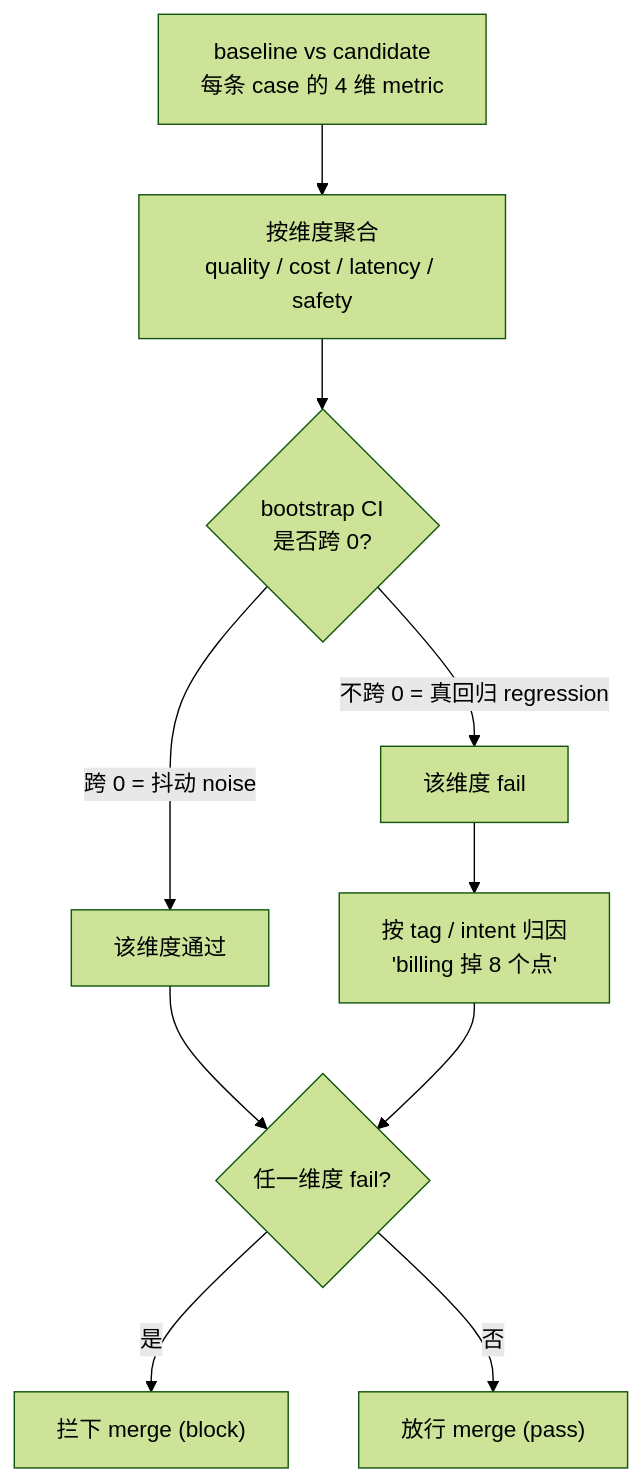
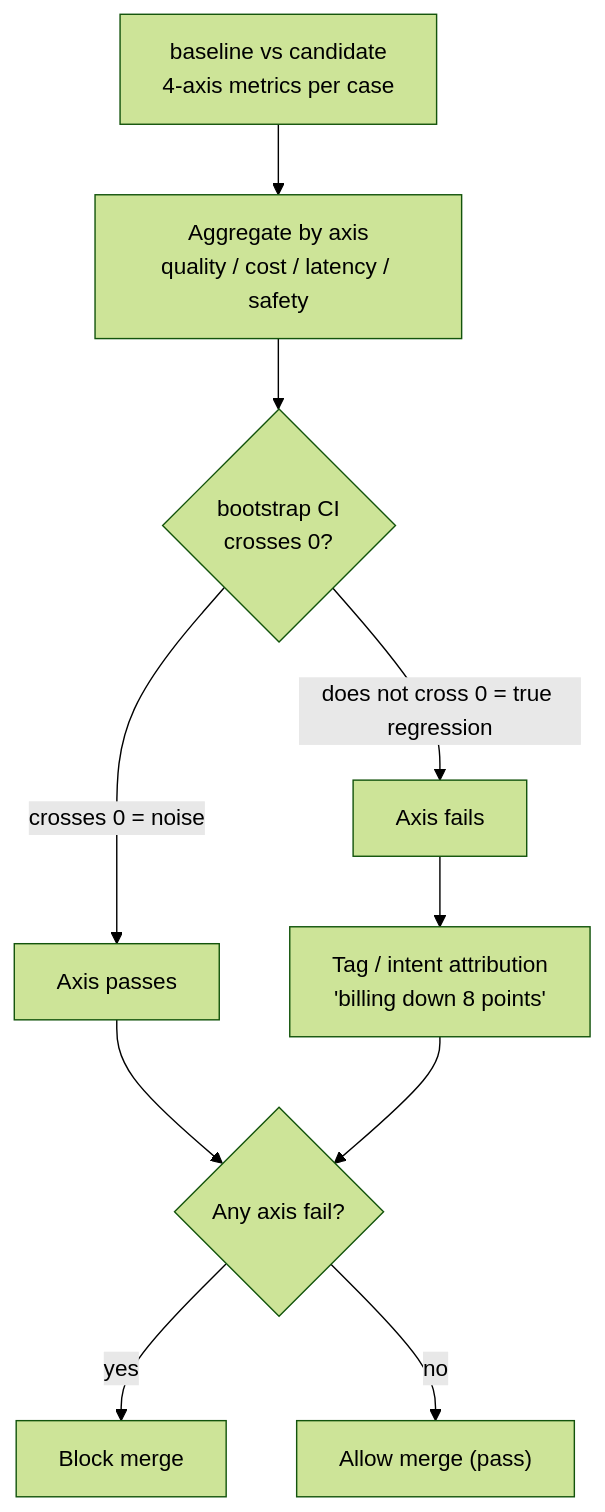
The fourth of 4 diagrams in docs/design.md (AndyUneducated/eval-gate), drawn with Mermaid (forest theme) before and after one commit. The commit also changed other lines of this file and 22 other files, not shown here.

````diff
--- a/docs/design.md
+++ b/docs/design.md
@@ -200,12 +200,12 @@
 ```mermaid
 flowchart TB
-    REC["baseline vs candidate<br/>每条 case 的 4 维 metric"] --> AGG["按维度聚合<br/>quality / cost / latency / safety"]
-    AGG --> SIG{"bootstrap CI<br/>是否跨 0?"}
-    SIG -->|"跨 0 = 抖动 noise"| OK["该维度通过"]
-    SIG -->|"不跨 0 = 真回归 regression"| FAIL["该维度 fail"]
-    FAIL --> ATTR["按 tag / intent 归因<br/>'billing 掉 8 个点'"]
-    OK --> GATE{"任一维度 fail?"}
+    REC["baseline vs candidate<br/>4-axis metrics per case"] --> AGG["Aggregate by axis<br/>quality / cost / latency / safety"]
+    AGG --> SIG{"bootstrap CI<br/>crosses 0?"}
+    SIG -->|"crosses 0 = noise"| OK["Axis passes"]
+    SIG -->|"does not cross 0 = true regression"| FAIL["Axis fails"]
+    FAIL --> ATTR["Tag / intent attribution<br/>'billing down 8 points'"]
+    OK --> GATE{"Any axis fail?"}
     ATTR --> GATE
-    GATE -->|"是"| BLOCK["拦下 merge (block)"]
-    GATE -->|"否"| PASS["放行 merge (pass)"]
+    GATE -->|"yes"| BLOCK["Block merge"]
+    GATE -->|"no"| PASS["Allow merge (pass)"]
 ```
````
